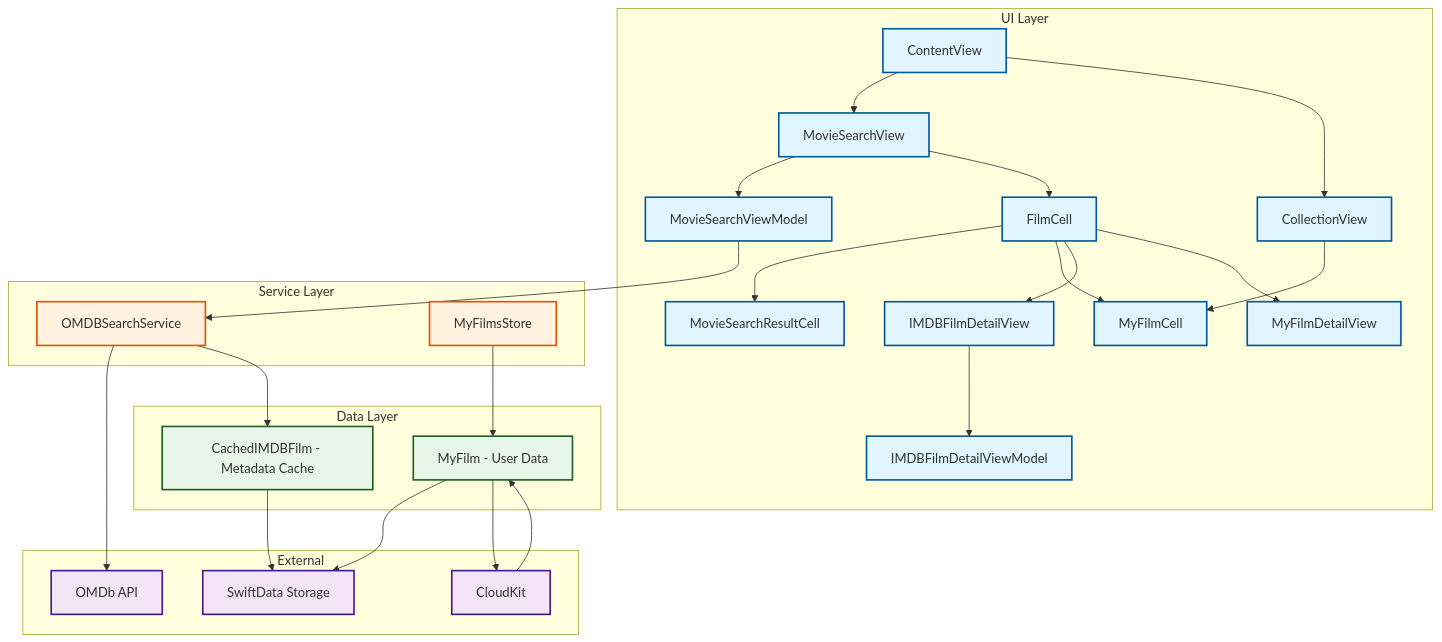
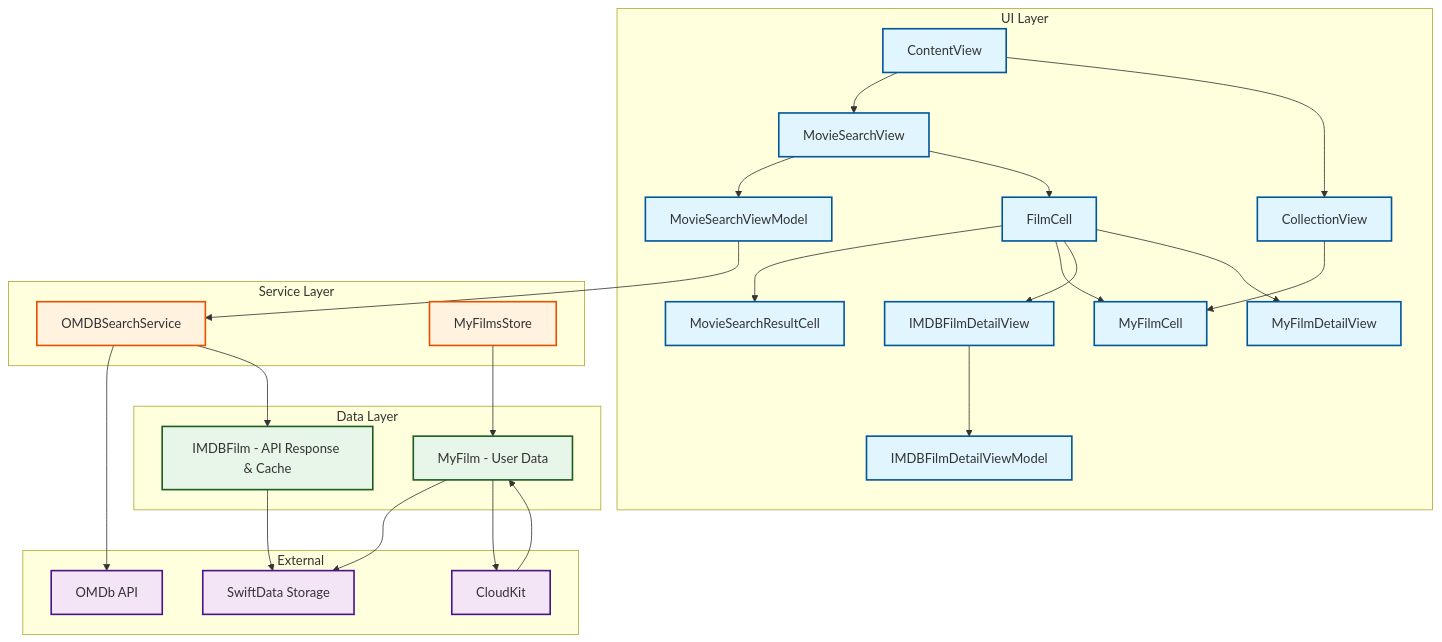
The third of 11 diagrams in docs/ARCHITECTURE.md (tillg/filmz2), drawn with Mermaid before and after one commit. The commit also changed other lines of this file and 13 other files, not shown here.

First line of the commit message:
refactor: consolidate IMDBFilm and CachedIMDBFilm models

````diff
--- a/docs/ARCHITECTURE.md
+++ b/docs/ARCHITECTURE.md
@@ -94,60 +94,60 @@
 ```mermaid
 graph TB
     subgraph "UI Layer"
         CV[ContentView]
         MSV[MovieSearchView]
         MSVM[MovieSearchViewModel]
         FC[FilmCell]
         MSRC[MovieSearchResultCell]
         MFC[MyFilmCell]
         IFDV[IMDBFilmDetailView]
         IFDVM[IMDBFilmDetailViewModel]
         CollV[CollectionView]
         MFDV[MyFilmDetailView]
     end
 
     subgraph "Service Layer"
         OMDB[OMDBSearchService]
         MFS[MyFilmsStore]
     end
 
     subgraph "Data Layer"
         MF[MyFilm - User Data]
-        CIF[CachedIMDBFilm - Metadata Cache]
+        IF[IMDBFilm - API Response & Cache]
     end
 
     subgraph "External"
         API[OMDb API]
         LS[SwiftData Storage]
         CK[CloudKit]
     end
 
     CV --> MSV
     CV --> CollV
     MSV --> MSVM
     MSV --> FC
     FC --> MSRC
     FC --> MFC
     CollV --> MFC
     MSVM --> OMDB
     FC --> IFDV
     FC --> MFDV
     IFDV --> IFDVM
     OMDB --> API
-    OMDB --> CIF
+    OMDB --> IF
     MFS --> MF
     MF --> LS
     MF --> CK
-    CIF --> LS
+    IF --> LS
     CK --> MF
 
     classDef ui fill:#e1f5fe,stroke:#01579b,stroke-width:2px
     classDef service fill:#fff3e0,stroke:#e65100,stroke-width:2px
     classDef data fill:#e8f5e9,stroke:#1b5e20,stroke-width:2px
     classDef external fill:#f3e5f5,stroke:#4a148c,stroke-width:2px
 
     class CV,MSV,MSVM,FC,MSRC,MFC,IFDV,IFDVM,CollV,MFDV ui
     class OMDB,MFS service
-    class MF,CIF data
+    class MF,IF data
     class API,LS,CK external
 ```
````
